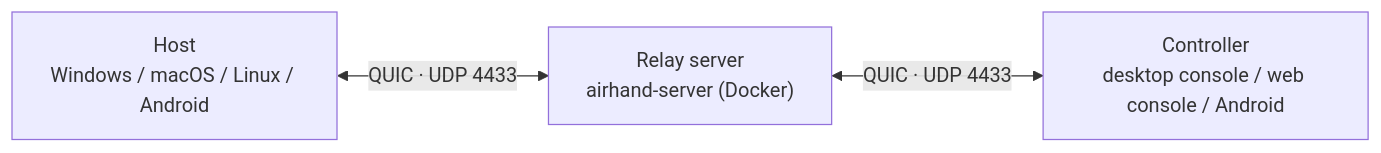
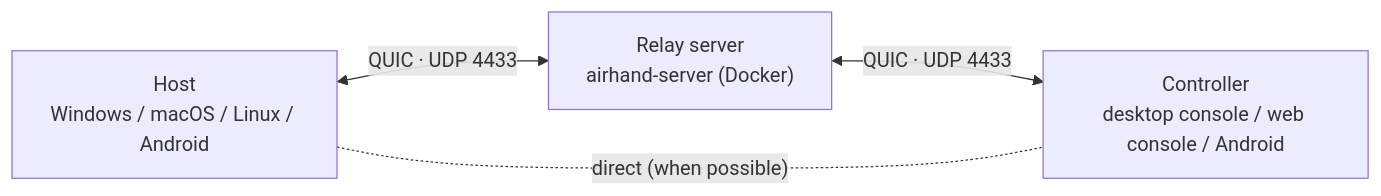
The diagram in README.md (sqlpxc/airhand), drawn with Mermaid before and after one commit. The commit also changed other lines of this file and 46 other files, not shown here.

````diff
--- a/README.md
+++ b/README.md
@@ -60,8 +61,9 @@
 ```mermaid
 flowchart LR
     host["Host<br>Windows / macOS / Linux / Android"]
     relay["Relay server<br>airhand-server (Docker)"]
     ctrl["Controller<br>desktop console / web console / Android"]
     host <-->|"QUIC · UDP 4433"| relay
     relay <-->|"QUIC · UDP 4433"| ctrl
+    host -. "direct (when possible)" .- ctrl
 ```
````
